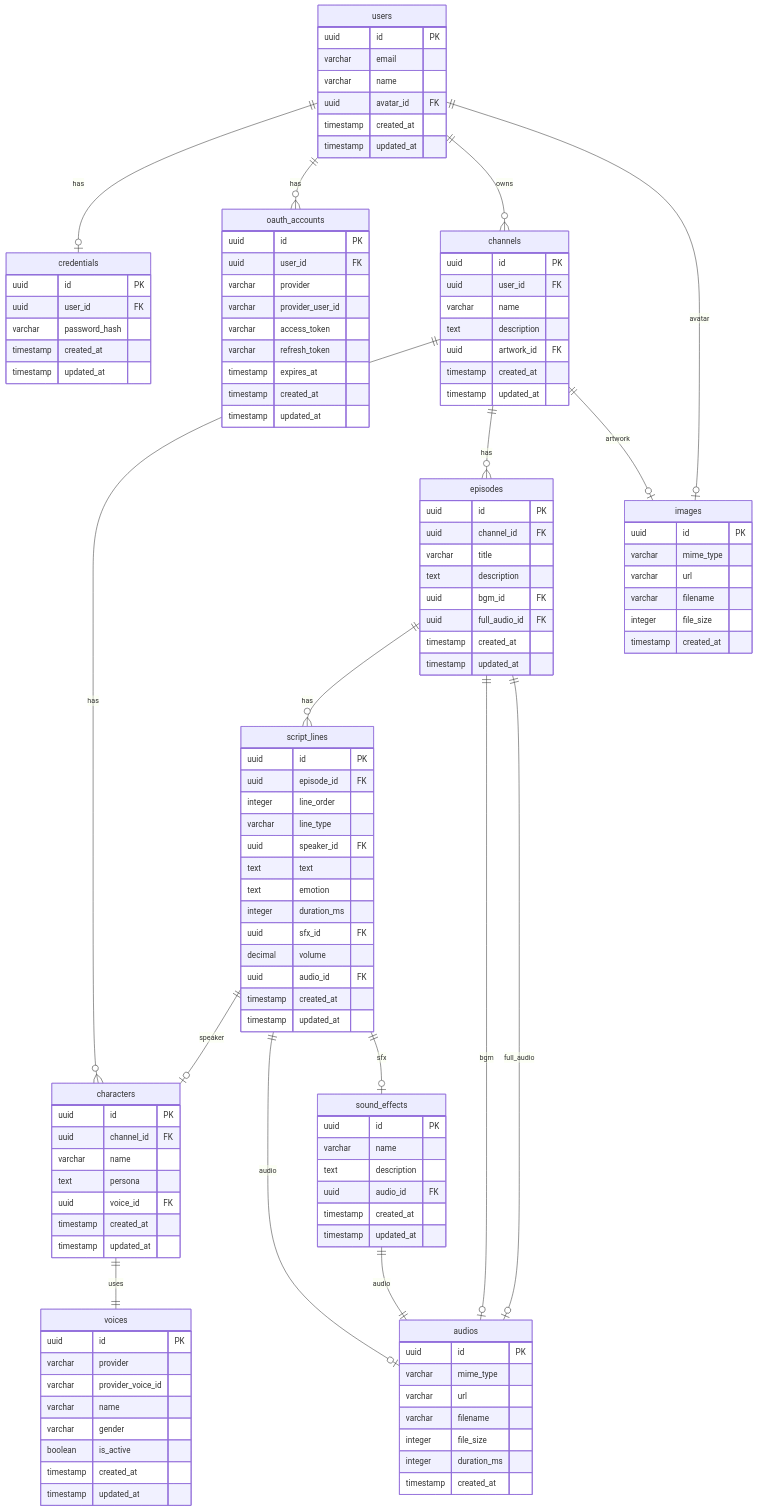
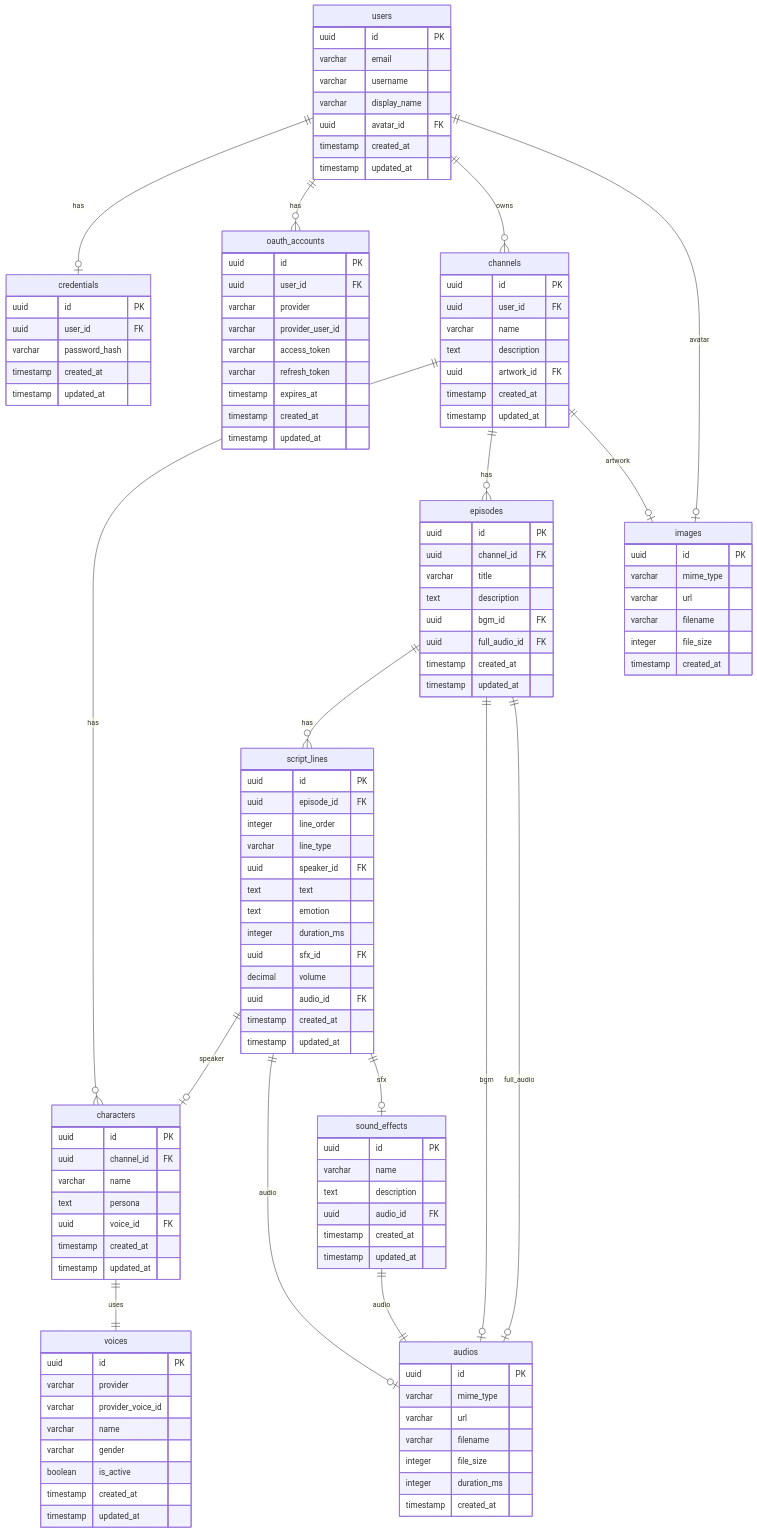
Before and after one commit to siropaca/anycast-backend: the diagram in docs/database.md, drawn with Mermaid. The commit also changed other lines of this file and 2 other files, not shown here.

Commit message:
docs: API ドキュメントに username と displayName の仕様を追記

```diff
--- a/docs/database.md
+++ b/docs/database.md
@@ -23,7 +23,8 @@
     users {
         uuid id PK
         varchar email
-        varchar name
+        varchar username
+        varchar display_name
         uuid avatar_id FK
         timestamp created_at
         timestamp updated_at
```
